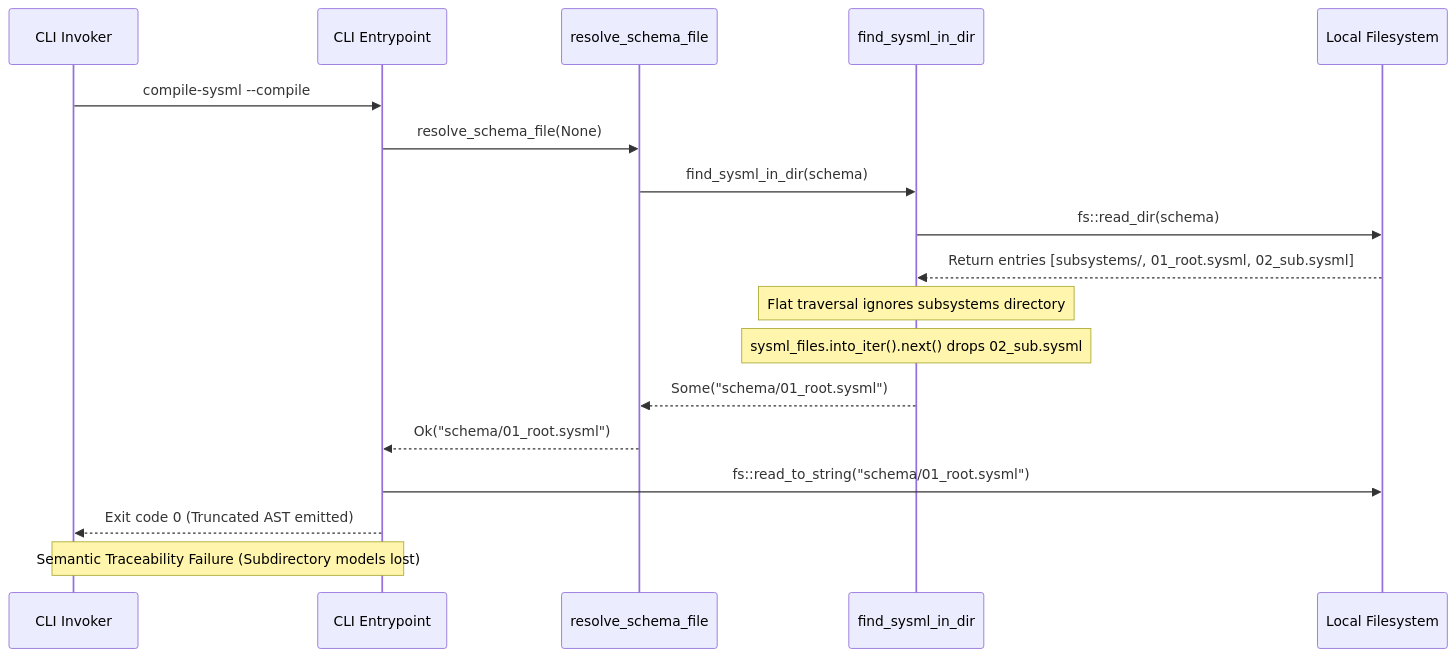
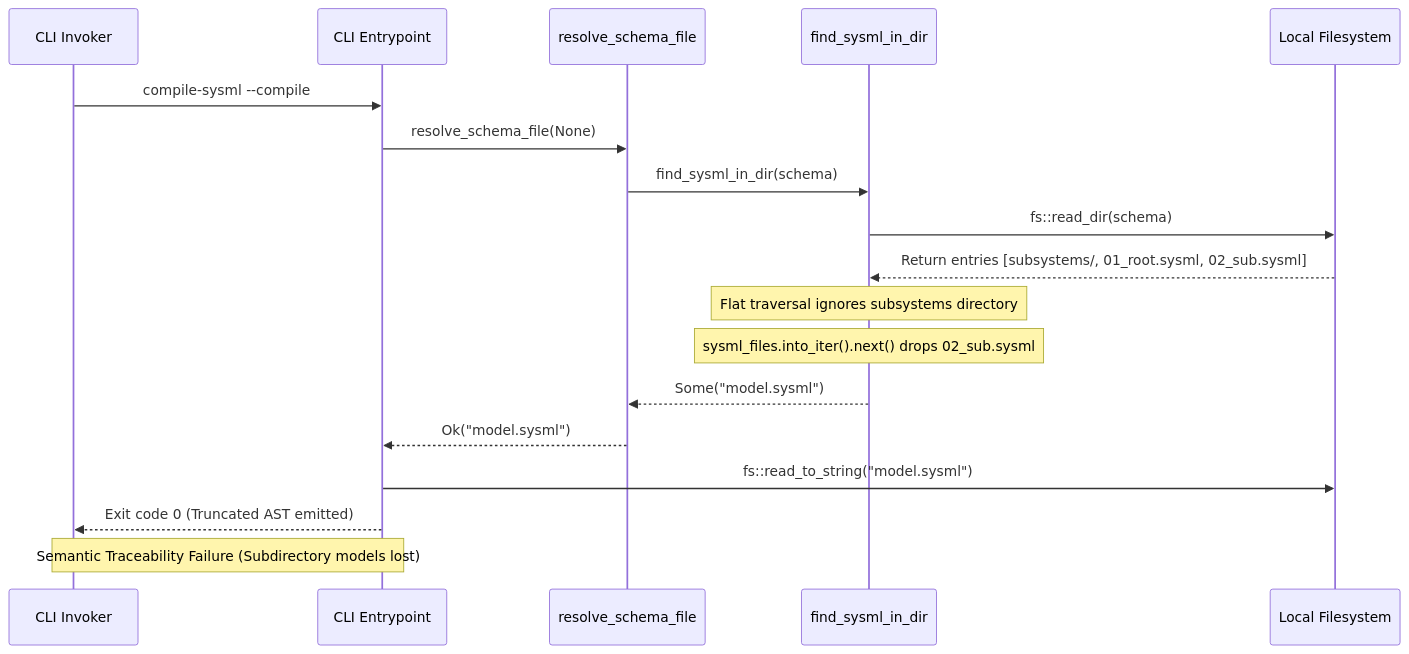
Before and after one commit to gintatkinson/dumpiler-01: the fourth of 20 diagrams in docs/reports/MERMAID_RENDERING_VERIFICATION.md, drawn with Mermaid. The commit also changed other lines of this file and 218 other files, not shown here.

````diff
--- a/docs/reports/MERMAID_RENDERING_VERIFICATION.md
+++ b/docs/reports/MERMAID_RENDERING_VERIFICATION.md
@@ -245,21 +247,21 @@
 ```mermaid
 sequenceDiagram
     participant User as CLI Invoker
     participant Main as CLI Entrypoint
     participant Resolver as resolve_schema_file
     participant Scanner as find_sysml_in_dir
     participant FS as Local Filesystem
 
     User->>Main: compile-sysml --compile
     Main->>Resolver: resolve_schema_file(None)
     Resolver->>Scanner: find_sysml_in_dir(schema)
     Scanner->>FS: fs::read_dir(schema)
     FS-->>Scanner: Return entries [subsystems/, 01_root.sysml, 02_sub.sysml]
     Note over Scanner: Flat traversal ignores subsystems directory
     Note over Scanner: sysml_files.into_iter().next() drops 02_sub.sysml
-    Scanner-->>Resolver: Some("schema/01_root.sysml")
-    Resolver-->>Main: Ok("schema/01_root.sysml")
-    Main->>FS: fs::read_to_string("schema/01_root.sysml")
+    Scanner-->>Resolver: Some("model.sysml")
+    Resolver-->>Main: Ok("model.sysml")
+    Main->>FS: fs::read_to_string("model.sysml")
     Main-->>User: Exit code 0 (Truncated AST emitted)
     Note over User,Main: Semantic Traceability Failure (Subdirectory models lost)
 ```
````
